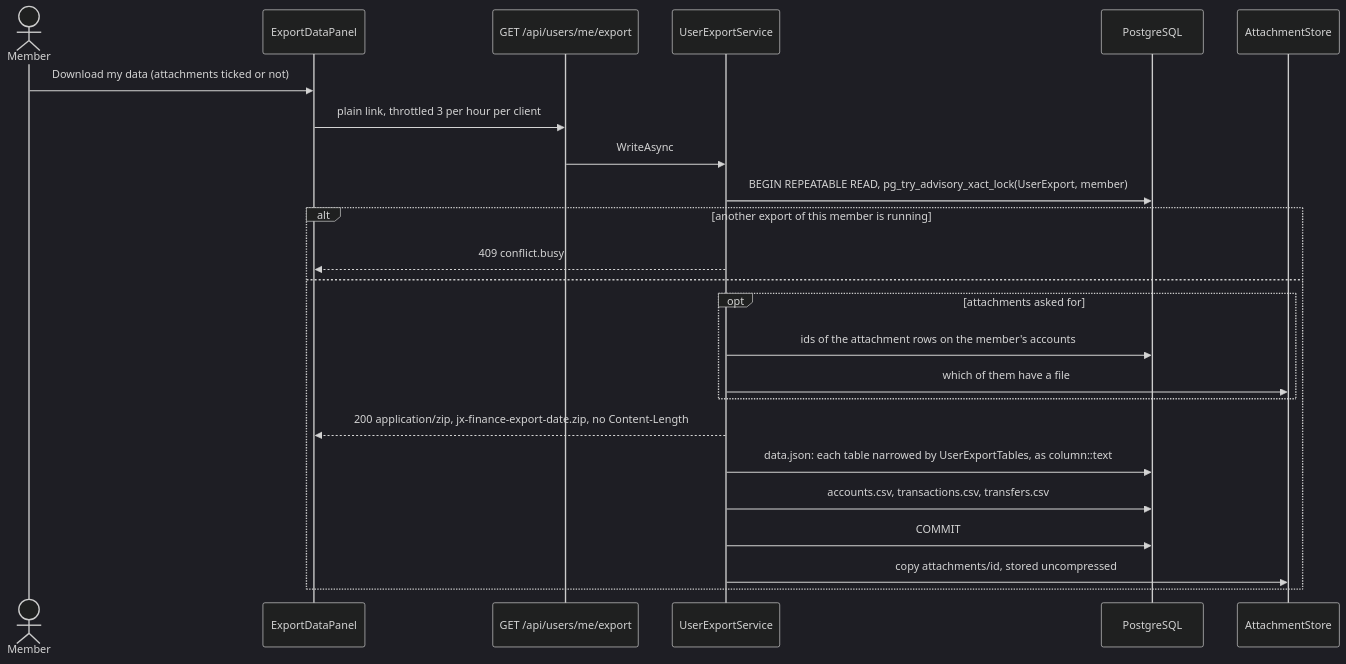
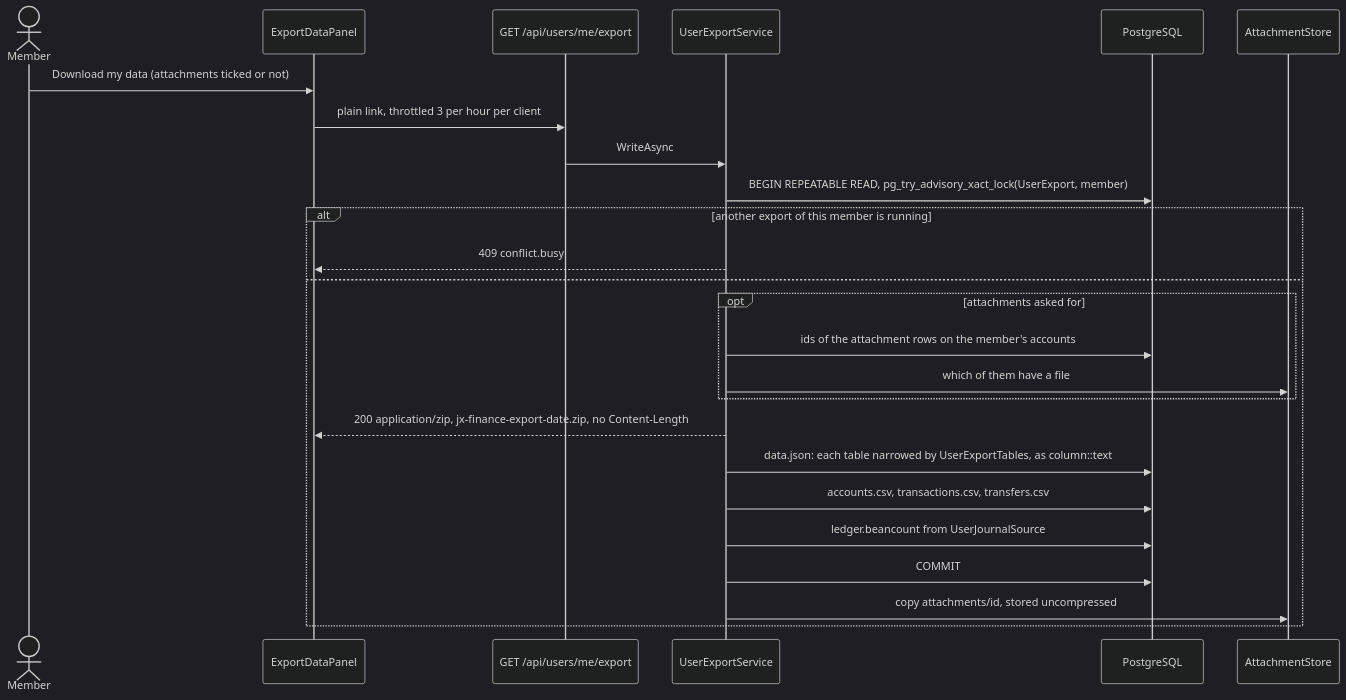
One commit to Justxs/Jx-Finance changed the diagram in docs/features/data-export-per-user.md. Above: the diagram before and after it, drawn with Mermaid (dark theme). The commit also changed other lines of this file and 36 other files, not shown here.

````diff
--- a/docs/features/data-export-per-user.md
+++ b/docs/features/data-export-per-user.md
@@ -13,26 +13,27 @@
 ```mermaid
 sequenceDiagram
     actor Member
     participant Panel as ExportDataPanel
     participant Api as GET /api/users/me/export
     participant Svc as UserExportService
     participant Db as PostgreSQL
     participant Files as AttachmentStore
     Member->>Panel: Download my data (attachments ticked or not)
     Panel->>Api: plain link, throttled 3 per hour per client
     Api->>Svc: WriteAsync
     Svc->>Db: BEGIN REPEATABLE READ, pg_try_advisory_xact_lock(UserExport, member)
     alt another export of this member is running
         Svc-->>Panel: 409 conflict.busy
     else
         opt attachments asked for
             Svc->>Db: ids of the attachment rows on the member's accounts
             Svc->>Files: which of them have a file
         end
         Svc-->>Panel: 200 application/zip, jx-finance-export-date.zip, no Content-Length
         Svc->>Db: data.json: each table narrowed by UserExportTables, as column::text
         Svc->>Db: accounts.csv, transactions.csv, transfers.csv
+        Svc->>Db: ledger.beancount from UserJournalSource
         Svc->>Db: COMMIT
         Svc->>Files: copy attachments/id, stored uncompressed
     end
 ```
````
